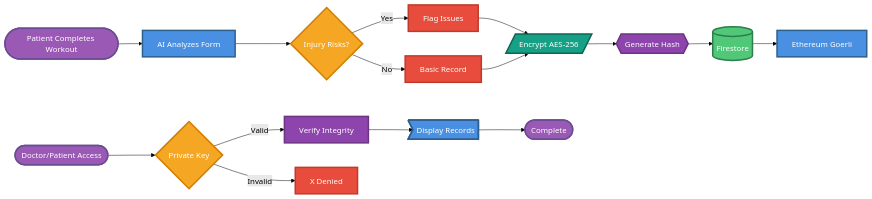
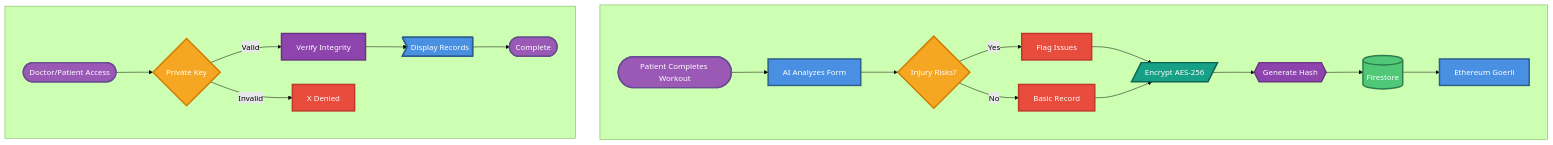
One commit to majidsafwaan2/gymguard changed the diagram in BLOCKCHAIN_FLOWCHART_WIDE.md. Above: the diagram before and after it, drawn with Mermaid (forest theme). The commit also changed other lines of this file, not shown here.

Commit message:
Add slight vertical spacing and image download instructions

````diff
--- a/BLOCKCHAIN_FLOWCHART_WIDE.md
+++ b/BLOCKCHAIN_FLOWCHART_WIDE.md
@@ -3,36 +3,42 @@
 ```mermaid
-flowchart LR
-    Start([Patient Completes Workout]) --> AI[AI Analyzes Form]
-    AI --> Risk{Injury Risks?}
-    Risk -->|Yes| FlagRisks[Flag Issues]
-    Risk -->|No| Basic[Basic Record]
-    FlagRisks --> Encrypt[/Encrypt AES-256/]
-    Basic --> Encrypt
-    Encrypt --> Hash{{Generate Hash}}
-    Hash --> Store[(Firestore)]
-    Store --> BC[Ethereum Goerli]
+flowchart TB
+    subgraph Top[" "]
+        direction LR
+        Start([Patient Completes Workout]) --> AI[AI Analyzes Form]
+        AI --> Risk{Injury Risks?}
+        Risk -->|Yes| FlagRisks[Flag Issues]
+        Risk -->|No| Basic[Basic Record]
+        FlagRisks --> Encrypt[/Encrypt AES-256/]
+        Basic --> Encrypt
+        Encrypt --> Hash{{Generate Hash}}
+        Hash --> Store[(Firestore)]
+        Store --> BC[Ethereum Goerli]
+    end
     
-    AccessStart([Doctor/Patient Access]) --> Auth{Private Key}
-    Auth -->|Valid| Verify[Verify Integrity]
-    Auth -->|Invalid| Deny[X Denied]
-    Verify --> Display>Display Records]
-    Display --> End([Complete])
+    subgraph Bottom[" "]
+        direction LR
+        AccessStart([Doctor/Patient Access]) --> Auth{Private Key}
+        Auth -->|Valid| Verify[Verify Integrity]
+        Auth -->|Invalid| Deny[X Denied]
+        Verify --> Display>Display Records]
+        Display --> End([Complete])
+    end
     
     %% Styling with varied colors
     classDef main fill:#4A90E2,stroke:#2C5F8D,stroke-width:3px,color:#fff
     classDef decision fill:#F5A623,stroke:#D17E00,stroke-width:3px,color:#fff
     classDef store fill:#50C878,stroke:#2E7D4E,stroke-width:3px,color:#fff
     classDef start fill:#9B59B6,stroke:#6A4C93,stroke-width:3px,color:#fff
     classDef highlight fill:#E74C3C,stroke:#C0392B,stroke-width:3px,color:#fff
     classDef process fill:#16A085,stroke:#0E6655,stroke-width:3px,color:#fff
     classDef verify fill:#8E44AD,stroke:#6C3483,stroke-width:3px,color:#fff
     
     class AI,BC,Display main
     class Risk,Auth decision
     class Store store
     class Start,AccessStart,End start
     class FlagRisks,Basic highlight
     class Encrypt process
     class Hash,Verify verify
     class Deny highlight
 ```
````
